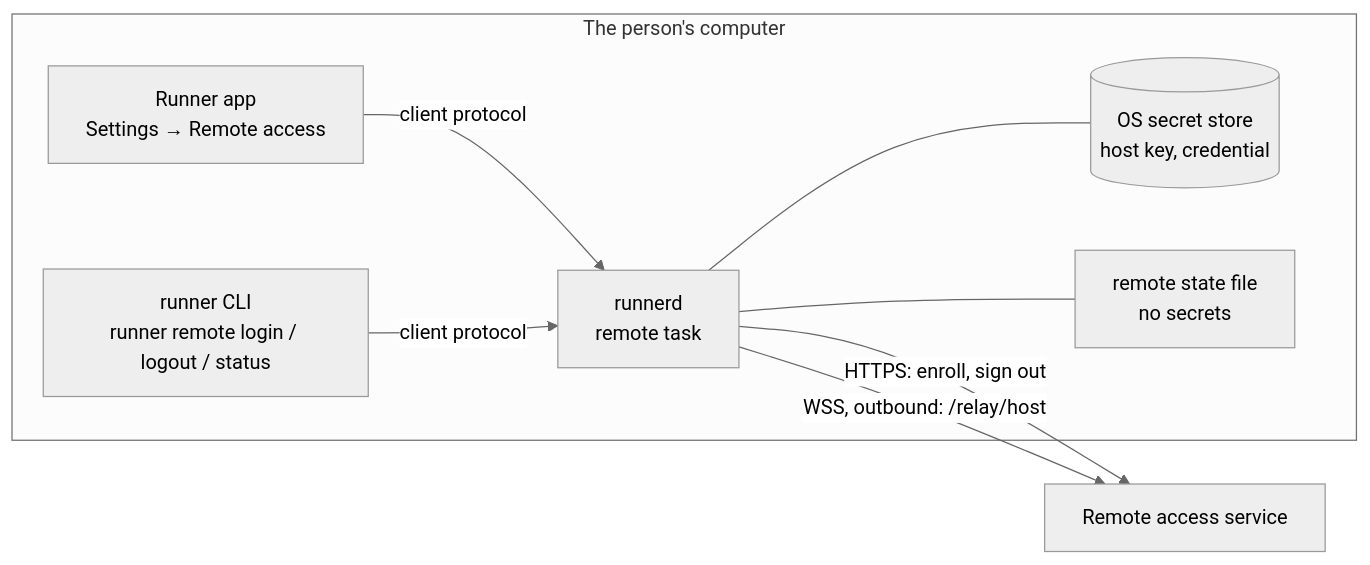
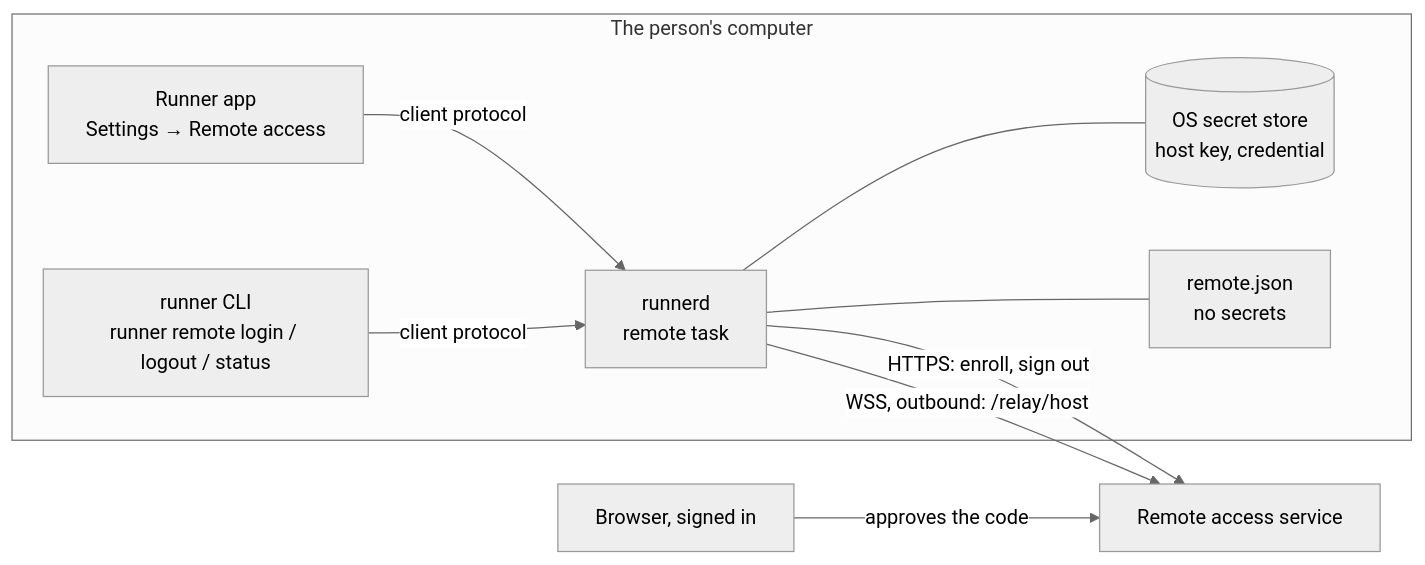
One commit to 123eyu/runner changed the diagram in docs/features/836-web-remote-control.md. Above: the diagram before and after it, drawn with Mermaid (neutral theme). The commit also changed other lines of this file and 63 other files, not shown here.

````diff
--- a/docs/features/836-web-remote-control.md
+++ b/docs/features/836-web-remote-control.md
@@ -25,16 +25,17 @@
 ```mermaid
 flowchart LR
     subgraph Computer["The person's computer"]
         App["Runner app<br/>Settings → Remote access"]
         CLI["runner CLI<br/>runner remote login / logout / status"]
         D["runnerd<br/>remote task"]
         Store[("OS secret store<br/>host key, credential")]
-        State["remote state file<br/>no secrets"]
+        State["remote.json<br/>no secrets"]
         App -- "client protocol" --> D
         CLI -- "client protocol" --> D
         D --- Store
         D --- State
     end
     D -- "HTTPS: enroll, sign out" --> Service["Remote access service"]
     D -- "WSS, outbound: /relay/host" --> Service
+    Browser["Browser, signed in"] -- "approves the code" --> Service
 ```
````
